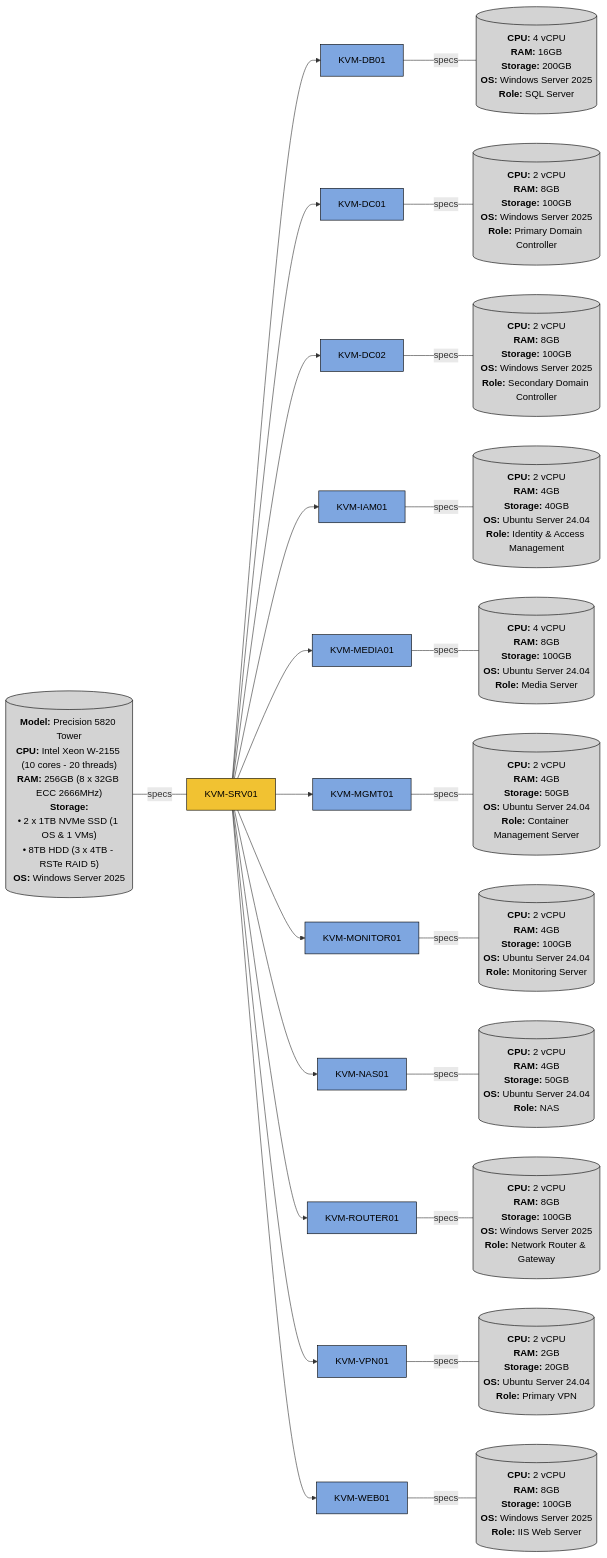
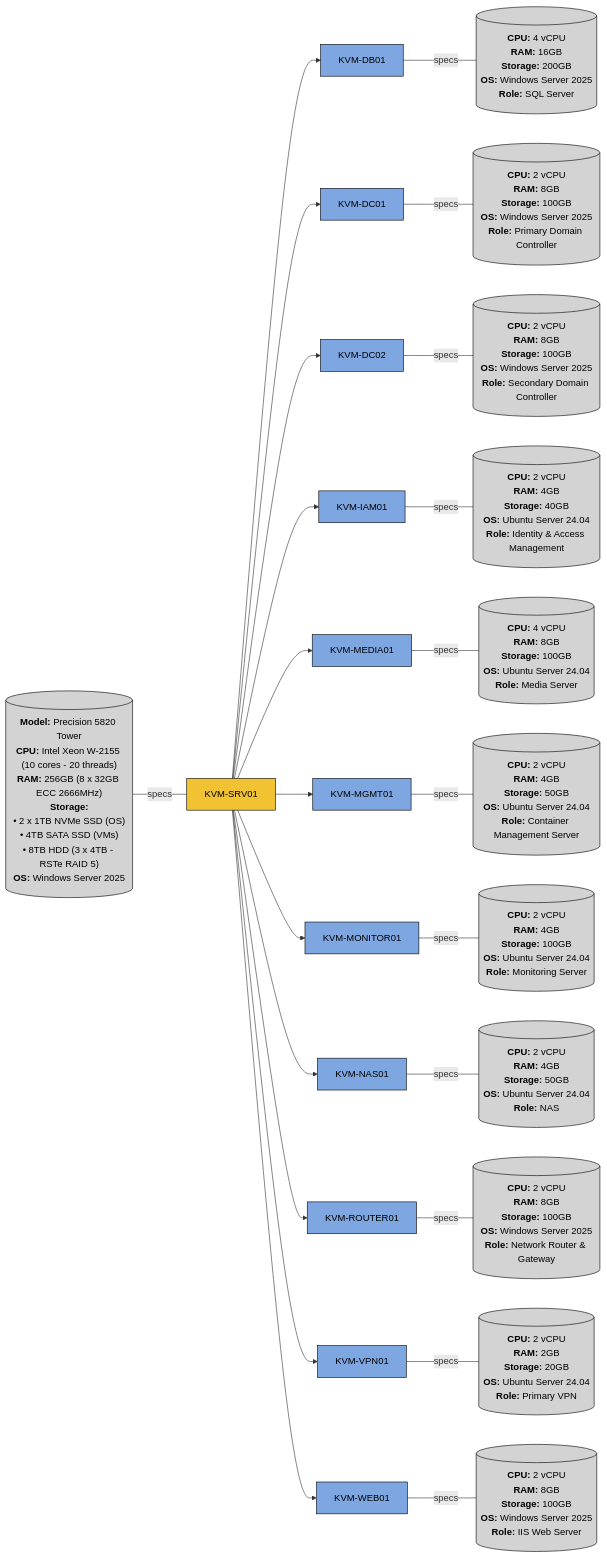
Before and after one commit to khangvum/homelab-ansible-config: the diagram in README.md, drawn with Mermaid.

Commit message:
chore: added 4TB SATA SSD to server's specification

````diff
--- a/README.md
+++ b/README.md
@@ -14,78 +14,79 @@
 ```mermaid
 flowchart LR
   %% 1. KVM-SRV01
   %% - Host
   SRV01_SPECS[("`**Model:** Precision 5820 Tower
                 **CPU:** Intel Xeon W-2155 (10 cores - 20 threads)
                 **RAM:** 256GB (8 x 32GB ECC 2666MHz)
                 **Storage:**
-                • 2 x 1TB NVMe SSD (1 OS & 1 VMs)
+                • 2 x 1TB NVMe SSD (OS)
+                • 4TB SATA SSD (VMs)
                 • 8TB HDD (3 x 4TB - RSTe RAID 5)
                 **OS:** Windows Server 2025`")] -- specs --- SRV01[KVM-SRV01]
 
   %% - VMs
   SRV01 --> DB01[KVM-DB01] -- specs --- DB01_SPECS[("`**CPU:** 4 vCPU
                                                       **RAM:** 16GB
                                                       **Storage:** 200GB
                                                       **OS:** Windows Server 2025
                                                       **Role:** SQL Server`")]
   SRV01 --> DC01[KVM-DC01] -- specs --- DC01_SPECS[("`**CPU:** 2 vCPU
                                                       **RAM:** 8GB
                                                       **Storage:** 100GB
                                                       **OS:** Windows Server 2025
                                                       **Role:** Primary Domain Controller`")]
   SRV01 --> DC02[KVM-DC02] -- specs --- DC02_SPECS[("`**CPU:** 2 vCPU
                                                       **RAM:** 8GB
                                                       **Storage:** 100GB
                                                       **OS:** Windows Server 2025
                                                       **Role:** Secondary Domain Controller`")]
   SRV01 --> IAM01[KVM-IAM01] -- specs --- IAM01_SPECS[("`**CPU:** 2 vCPU
                                                         **RAM:** 4GB
                                                         **Storage:** 40GB
                                                         **OS:** Ubuntu Server 24.04
                                                         **Role:** Identity & Access Management`")]
   SRV01 --> MEDIA01[KVM-MEDIA01] -- specs --- MEDIA01_SPECS[("`**CPU:** 4 vCPU
                                                             **RAM:** 8GB
                                                             **Storage:** 100GB
                                                             **OS:** Ubuntu Server 24.04
                                                             **Role:** Media Server`")]
   SRV01 --> MGMT01[KVM-MGMT01] -- specs --- MGMT01_SPECS[("`**CPU:** 2 vCPU
                                                             **RAM:** 4GB
                                                             **Storage:** 50GB
                                                             **OS:** Ubuntu Server 24.04
                                                             **Role:** Container Management Server`")]
   SRV01 --> MONITOR01[KVM-MONITOR01] -- specs --- MONITOR01_SPECS[("`**CPU:** 2 vCPU
                                                                     **RAM:** 4GB
                                                                     **Storage:** 100GB
                                                                     **OS:** Ubuntu Server 24.04
                                                                     **Role:** Monitoring Server`")]
   SRV01 --> NAS01[KVM-NAS01] -- specs --- NAS01_SPECS[("`**CPU:** 2 vCPU
                                                         **RAM:** 4GB
                                                         **Storage:** 50GB
                                                         **OS:** Ubuntu Server 24.04
                                                         **Role:** NAS`")]
   SRV01 --> ROUTER01[KVM-ROUTER01] -- specs --- ROUTER01_SPECS[("`**CPU:** 2 vCPU
                                                                   **RAM:** 8GB
                                                                   **Storage:** 100GB
                                                                   **OS:** Windows Server 2025
                                                                   **Role:** Network Router & Gateway`")]
   SRV01 --> VPN01[KVM-VPN01] -- specs --- VPN01_SPECS[("`**CPU:** 2 vCPU
                                                         **RAM:** 2GB
                                                         **Storage:** 20GB
                                                         **OS:** Ubuntu Server 24.04
                                                         **Role:** Primary VPN`")]
   SRV01 --> WEB01[KVM-WEB01] -- specs --- WEB01_SPECS[("`**CPU:** 2 vCPU
                                                         **RAM:** 8GB
                                                         **Storage:** 100GB
                                                         **OS:** Windows Server 2025
                                                         **Role:** IIS Web Server`")]
 
 
   %% Styling
   class SRV01 hosts
   classDef hosts fill:#f1c232,stroke:#000,color:#000
   class DB01,DC01,DC02,IAM01,MEDIA01,MGMT01,MONITOR01,NAS01,ROUTER01,VPN01,VPN02,WEB01 vms
   classDef vms fill:#7ea6e0,stroke:#000,color:#000
   class SRV01_SPECS,DB01_SPECS,DC01_SPECS,DC02_SPECS,IAM01_SPECS,MEDIA01_SPECS,MGMT01_SPECS,MONITOR01_SPECS,NAS01_SPECS,ROUTER01_SPECS,VPN01_SPECS,VPN02_SPECS,WEB01_SPECS,WRK01_SPECS,WRK02_SPECS,WRK03_SPECS,WRK04_SPECS specs
   classDef specs fill:#d3d3d3,stroke:#000,color:#000
 ```
````
